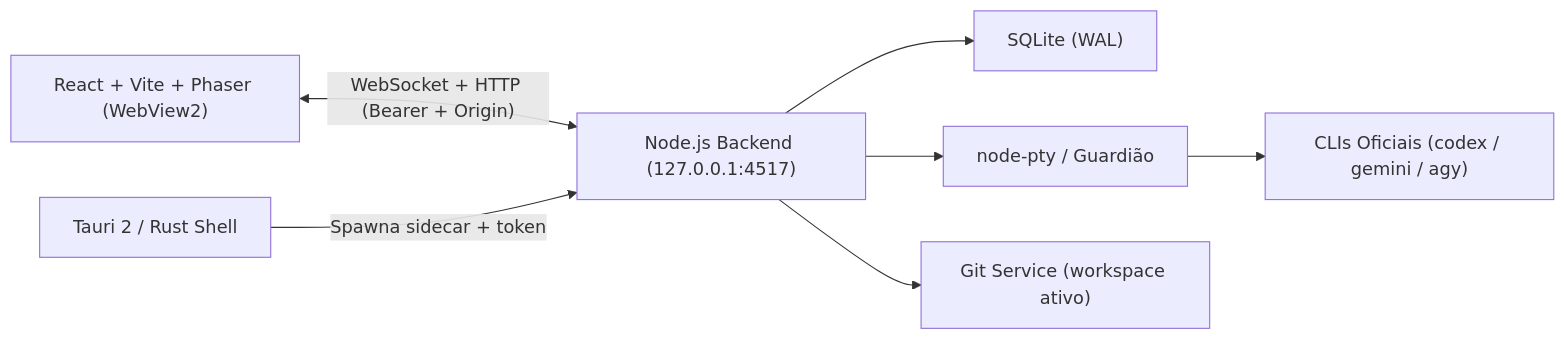
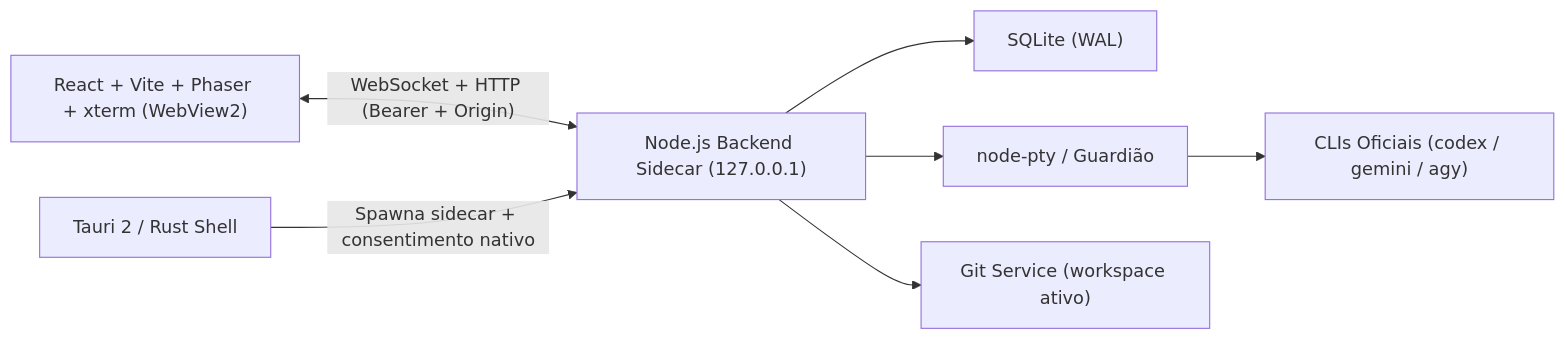
Before and after one commit to MoacirSimas-neto/AI-DEV-WORD: the diagram in README.md, drawn with Mermaid. The commit also changed other lines of this file and 13 other files, not shown here.

````diff
--- a/README.md
+++ b/README.md
@@ -36,9 +44,9 @@
 ```mermaid
 flowchart LR
-  UI["React + Vite + Phaser (WebView2)"] <-->|"WebSocket + HTTP (Bearer + Origin)"| BE["Node.js Backend (127.0.0.1:4517)"]
-  Tauri["Tauri 2 / Rust Shell"] -->|"Spawna sidecar + token"| BE
+  UI["React + Vite + Phaser + xterm (WebView2)"] <-->|"WebSocket + HTTP (Bearer + Origin)"| BE["Node.js Backend Sidecar (127.0.0.1)"]
+  Tauri["Tauri 2 / Rust Shell"] -->|"Spawna sidecar + consentimento nativo"| BE
   BE --> SQLite["SQLite (WAL)"]
   BE --> PTY["node-pty / Guardião"]
   PTY --> CLIs["CLIs Oficiais (codex / gemini / agy)"]
   BE --> Git["Git Service (workspace ativo)"]
 ```
````
